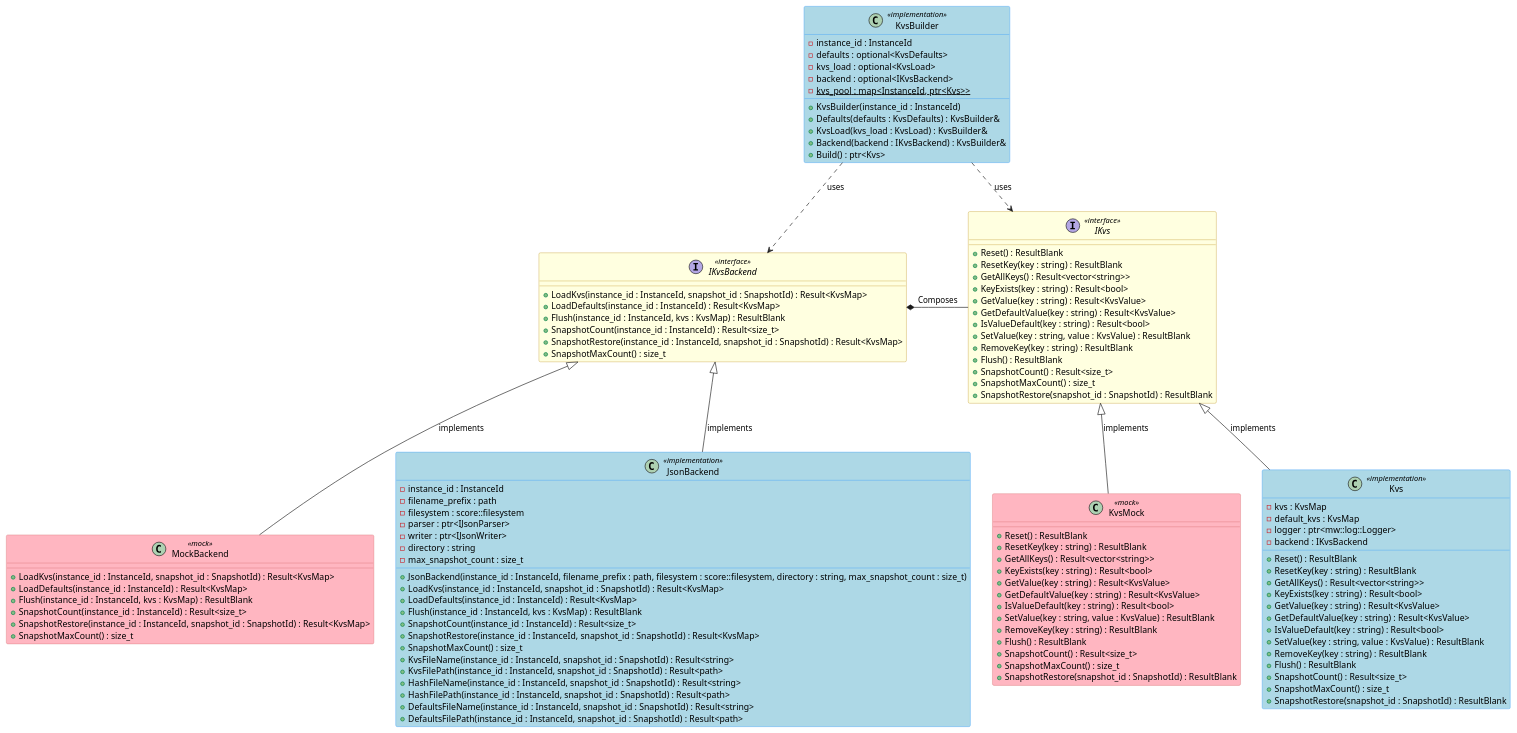
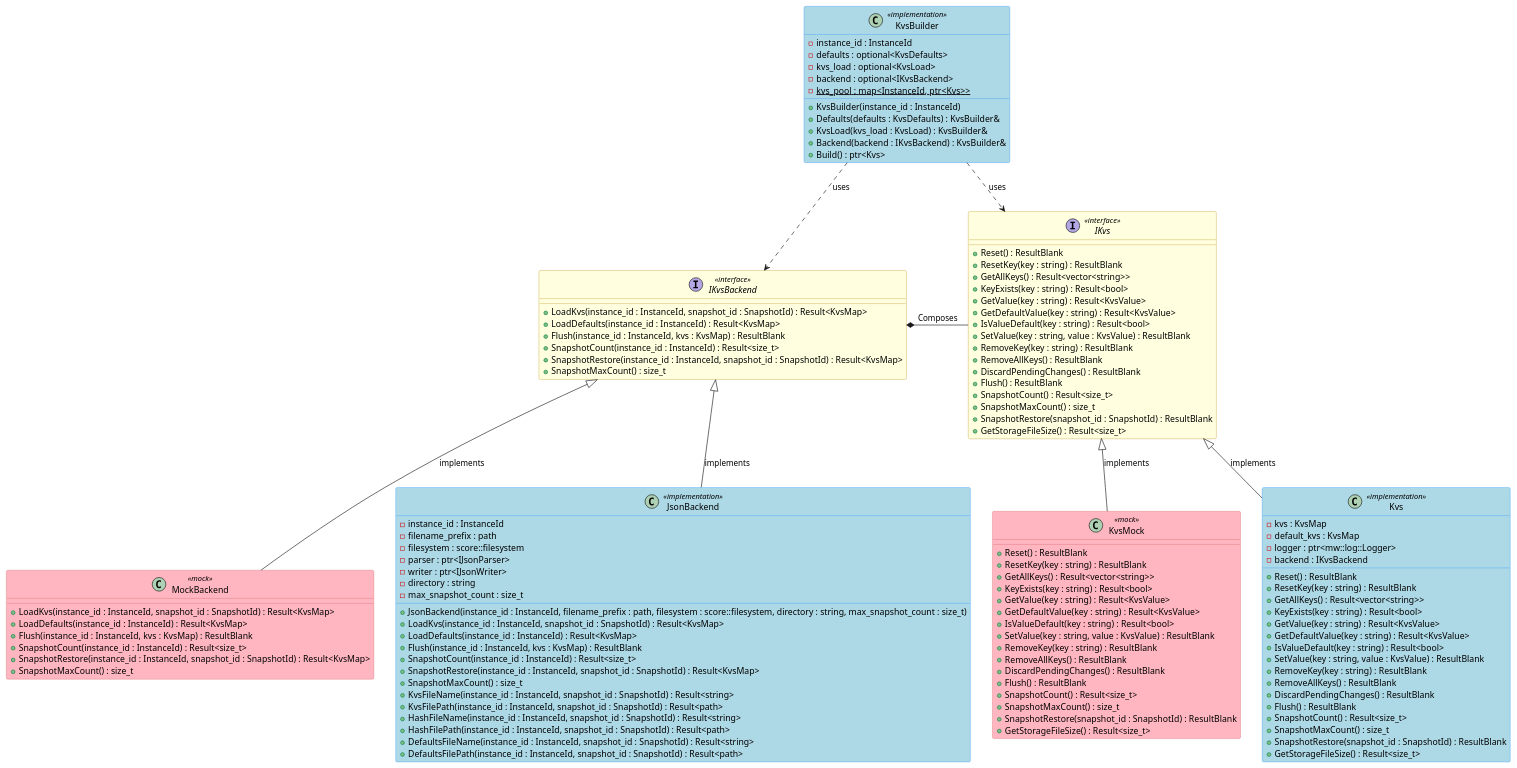
Before and after one commit to esrlabs/inc_mw_per: the diagram in score/kvs/docs/detailed_design/class_diagram_cpp.puml, drawn with PlantUML. The commit also changed 5 other files, not shown here.

First line of the commit message:
adding remove all keys (#421)

```diff
--- a/score/kvs/docs/detailed_design/class_diagram_cpp.puml
+++ b/score/kvs/docs/detailed_design/class_diagram_cpp.puml
@@ -14,137 +14,146 @@
 @startuml ScorePersistencyKvsDesign
 
 skinparam class {
     BackgroundColor<<interface>> LightYellow
     BorderColor<<interface>> DarkGoldenRod
     BackgroundColor<<implementation>> LightBlue
     BorderColor<<implementation>> DodgerBlue
     BackgroundColor<<mock>> LightPink
     BorderColor<<mock>> IndianRed
 }
 
 class KvsBuilder <<implementation>> {
     - instance_id : InstanceId
     - defaults : optional<KvsDefaults>
     - kvs_load : optional<KvsLoad>
     - backend : optional<IKvsBackend>
     - {static} kvs_pool : map<InstanceId, ptr<Kvs>>
     __
     + KvsBuilder(instance_id : InstanceId)
     + Defaults(defaults : KvsDefaults) : KvsBuilder&
     + KvsLoad(kvs_load : KvsLoad) : KvsBuilder&
     + Backend(backend : IKvsBackend) : KvsBuilder&
     + Build() : ptr<Kvs>
 }
 
 interface IKvsBackend <<interface>> {
     + LoadKvs(instance_id : InstanceId, snapshot_id : SnapshotId) : Result<KvsMap>
     + LoadDefaults(instance_id : InstanceId) : Result<KvsMap>
     + Flush(instance_id : InstanceId, kvs : KvsMap) : ResultBlank
     + SnapshotCount(instance_id : InstanceId) : Result<size_t>
     + SnapshotRestore(instance_id : InstanceId, snapshot_id : SnapshotId) : Result<KvsMap>
     + SnapshotMaxCount() : size_t
 }
 
 interface IKvs <<interface>> {
     + Reset() : ResultBlank
     + ResetKey(key : string) : ResultBlank
     + GetAllKeys() : Result<vector<string>>
     + KeyExists(key : string) : Result<bool>
     + GetValue(key : string) : Result<KvsValue>
     + GetDefaultValue(key : string) : Result<KvsValue>
     + IsValueDefault(key : string) : Result<bool>
     + SetValue(key : string, value : KvsValue) : ResultBlank
     + RemoveKey(key : string) : ResultBlank
+    + RemoveAllKeys() : ResultBlank
+    + DiscardPendingChanges() : ResultBlank
     + Flush() : ResultBlank
     + SnapshotCount() : Result<size_t>
     + SnapshotMaxCount() : size_t
     + SnapshotRestore(snapshot_id : SnapshotId) : ResultBlank
+    + GetStorageFileSize() : Result<size_t>
 }
 
 IKvsBackend -[hidden]right- IKvs
 MockBackend -[hidden]right- JsonBackend
 JsonBackend -[hidden]right- KvsMock
 KvsMock  -[hidden]right- Kvs
 
 class MockBackend <<mock>> {
     + LoadKvs(instance_id : InstanceId, snapshot_id : SnapshotId) : Result<KvsMap>
     + LoadDefaults(instance_id : InstanceId) : Result<KvsMap>
     + Flush(instance_id : InstanceId, kvs : KvsMap) : ResultBlank
     + SnapshotCount(instance_id : InstanceId) : Result<size_t>
     + SnapshotRestore(instance_id : InstanceId, snapshot_id : SnapshotId) : Result<KvsMap>
     + SnapshotMaxCount() : size_t
 }
 
 class JsonBackend <<implementation>> {
     - instance_id : InstanceId
     - filename_prefix : path
     - filesystem : score::filesystem
     - parser : ptr<IJsonParser>
     - writer : ptr<IJsonWriter>
     - directory : string
     - max_snapshot_count : size_t
     __
     + JsonBackend(instance_id : InstanceId, filename_prefix : path, filesystem : score::filesystem, directory : string, max_snapshot_count : size_t)
     + LoadKvs(instance_id : InstanceId, snapshot_id : SnapshotId) : Result<KvsMap>
     + LoadDefaults(instance_id : InstanceId) : Result<KvsMap>
     + Flush(instance_id : InstanceId, kvs : KvsMap) : ResultBlank
     + SnapshotCount(instance_id : InstanceId) : Result<size_t>
     + SnapshotRestore(instance_id : InstanceId, snapshot_id : SnapshotId) : Result<KvsMap>
     + SnapshotMaxCount() : size_t
     + KvsFileName(instance_id : InstanceId, snapshot_id : SnapshotId) : Result<string>
     + KvsFilePath(instance_id : InstanceId, snapshot_id : SnapshotId) : Result<path>
     + HashFileName(instance_id : InstanceId, snapshot_id : SnapshotId) : Result<string>
     + HashFilePath(instance_id : InstanceId, snapshot_id : SnapshotId) : Result<path>
     + DefaultsFileName(instance_id : InstanceId, snapshot_id : SnapshotId) : Result<string>
     + DefaultsFilePath(instance_id : InstanceId, snapshot_id : SnapshotId) : Result<path>
 }
 
 class KvsMock  <<mock>> {
     + Reset() : ResultBlank
     + ResetKey(key : string) : ResultBlank
     + GetAllKeys() : Result<vector<string>>
     + KeyExists(key : string) : Result<bool>
     + GetValue(key : string) : Result<KvsValue>
     + GetDefaultValue(key : string) : Result<KvsValue>
     + IsValueDefault(key : string) : Result<bool>
     + SetValue(key : string, value : KvsValue) : ResultBlank
     + RemoveKey(key : string) : ResultBlank
+    + RemoveAllKeys() : ResultBlank
+    + DiscardPendingChanges() : ResultBlank
     + Flush() : ResultBlank
     + SnapshotCount() : Result<size_t>
     + SnapshotMaxCount() : size_t
     + SnapshotRestore(snapshot_id : SnapshotId) : ResultBlank
+    + GetStorageFileSize() : Result<size_t>
 }
 
 class Kvs <<implementation>> {
     - kvs : KvsMap
     - default_kvs : KvsMap
     - logger : ptr<mw::log::Logger>
     - backend : IKvsBackend
     __
     + Reset() : ResultBlank
     + ResetKey(key : string) : ResultBlank
     + GetAllKeys() : Result<vector<string>>
     + KeyExists(key : string) : Result<bool>
     + GetValue(key : string) : Result<KvsValue>
     + GetDefaultValue(key : string) : Result<KvsValue>
     + IsValueDefault(key : string) : Result<bool>
     + SetValue(key : string, value : KvsValue) : ResultBlank
     + RemoveKey(key : string) : ResultBlank
+    + RemoveAllKeys() : ResultBlank
+    + DiscardPendingChanges() : ResultBlank
     + Flush() : ResultBlank
     + SnapshotCount() : Result<size_t>
     + SnapshotMaxCount() : size_t
     + SnapshotRestore(snapshot_id : SnapshotId) : ResultBlank
+    + GetStorageFileSize() : Result<size_t>
 }
 
 ' Relationships
 MockBackend -up-|> IKvsBackend : implements
 JsonBackend -up-|> IKvsBackend : implements
 KvsMock  -up-|> IKvs : implements
 Kvs -up-|> IKvs : implements
 
 ' Dependencies
 KvsBuilder ..> IKvsBackend : uses
 KvsBuilder ..> IKvs : uses
 IKvsBackend *-- IKvs : Composes
 
 @enduml
```
